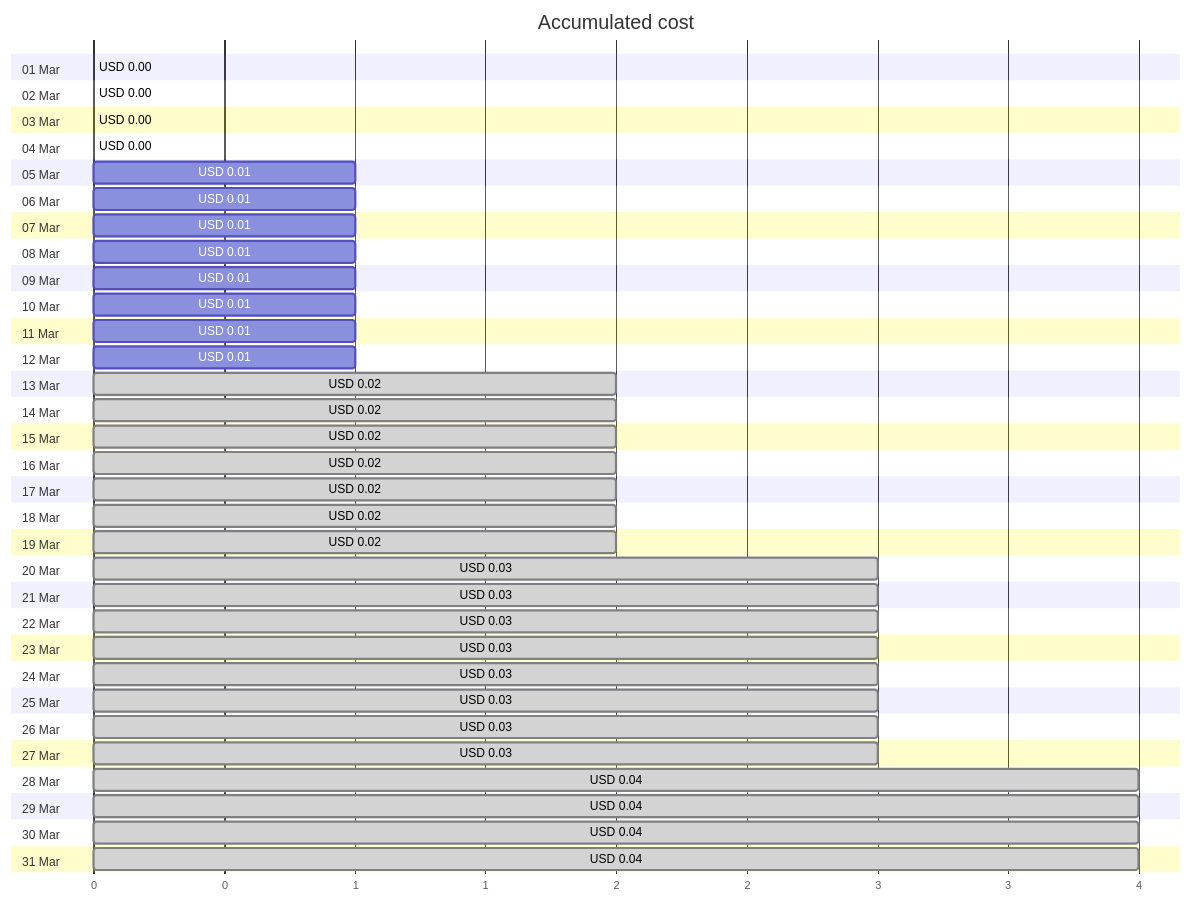
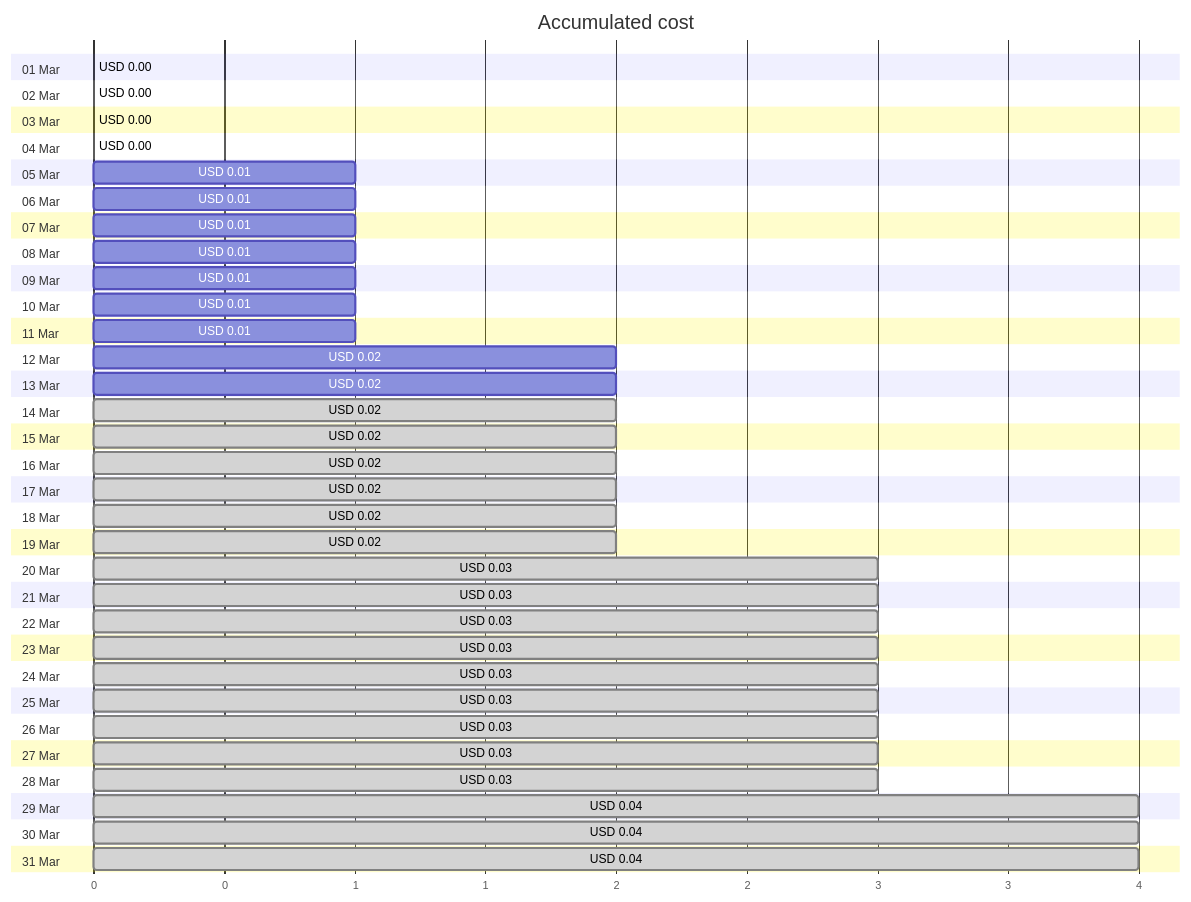
The first of 4 diagrams in cost-reports/personal-site/personalsiteapistorage.md (jpfulton/azure-personal-reports), drawn with Mermaid before and after one commit. The commit also changed other lines of this file and 6 other files, not shown here.

````diff
--- a/cost-reports/personal-site/personalsiteapistorage.md
+++ b/cost-reports/personal-site/personalsiteapistorage.md
@@ -20,68 +20,68 @@
 ```mermaid
 gantt
    title Accumulated cost
    dateFormat  X
    axisFormat %s
    section 01 Mar
    USD 0.00 :0, 0
    section 02 Mar
    USD 0.00 :0, 0
    section 03 Mar
    USD 0.00 :0, 0
    section 04 Mar
    USD 0.00 :0, 0
    section 05 Mar
    USD 0.01 :0, 1
    section 06 Mar
    USD 0.01 :0, 1
    section 07 Mar
    USD 0.01 :0, 1
    section 08 Mar
    USD 0.01 :0, 1
    section 09 Mar
    USD 0.01 :0, 1
    section 10 Mar
    USD 0.01 :0, 1
    section 11 Mar
    USD 0.01 :0, 1
    section 12 Mar
-   USD 0.01 :0, 1
+   USD 0.02 :0, 2
    section 13 Mar
-   USD 0.02 : done, 0, 2
+   USD 0.02 :0, 2
    section 14 Mar
    USD 0.02 : done, 0, 2
    section 15 Mar
    USD 0.02 : done, 0, 2
    section 16 Mar
    USD 0.02 : done, 0, 2
    section 17 Mar
    USD 0.02 : done, 0, 2
    section 18 Mar
    USD 0.02 : done, 0, 2
    section 19 Mar
    USD 0.02 : done, 0, 2
    section 20 Mar
    USD 0.03 : done, 0, 3
    section 21 Mar
    USD 0.03 : done, 0, 3
    section 22 Mar
    USD 0.03 : done, 0, 3
    section 23 Mar
    USD 0.03 : done, 0, 3
    section 24 Mar
    USD 0.03 : done, 0, 3
    section 25 Mar
    USD 0.03 : done, 0, 3
    section 26 Mar
    USD 0.03 : done, 0, 3
    section 27 Mar
    USD 0.03 : done, 0, 3
    section 28 Mar
-   USD 0.04 : done, 0, 4
+   USD 0.03 : done, 0, 3
    section 29 Mar
    USD 0.04 : done, 0, 4
    section 30 Mar
    USD 0.04 : done, 0, 4
    section 31 Mar
    USD 0.04 : done, 0, 4
 ```
````
